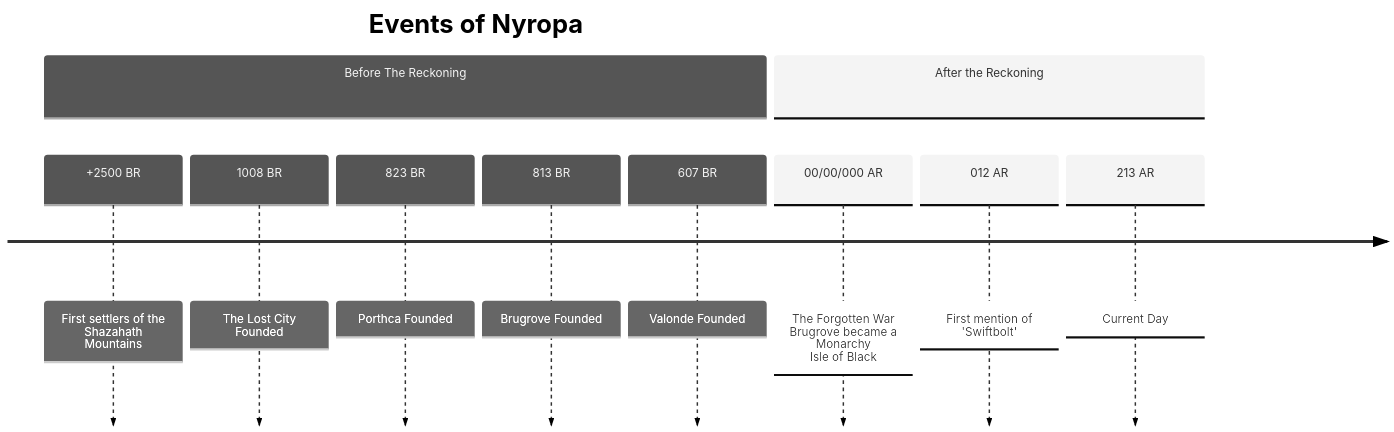
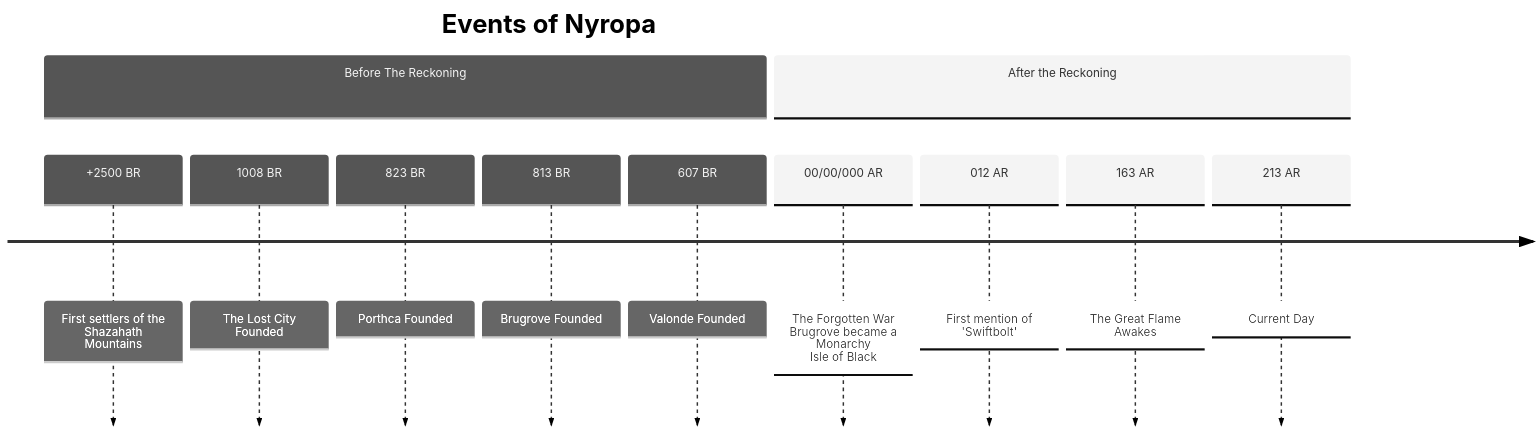
The first of 3 diagrams in content/Story/Lore/Timeline.md (AltorvoAV/TFT-lore), drawn with Mermaid before and after one commit. The commit also changed 13 other files, not shown here.

````diff
--- a/content/Story/Lore/Timeline.md
+++ b/content/Story/Lore/Timeline.md
@@ -10,16 +10,17 @@
 ``` mermaid
 %%{init: { 'theme': 'neutral' }}%%
 timeline
     title Events of Nyropa
     section Before The Reckoning
         +2500 BR : First settlers of the Shazahath Mountains
         1008 BR : The Lost City Founded
         823 BR : Porthca Founded
         813 BR : Brugrove Founded
         607 BR : Valonde Founded
     section After the Reckoning
         00/00/000 AR : The Forgotten War <br> Brugrove became a Monarchy <br> Isle of Black
         012 AR : First mention of 'Swiftbolt'
+        163 AR : The Great Flame Awakes
         213 AR : Current Day
 
 ```
````
